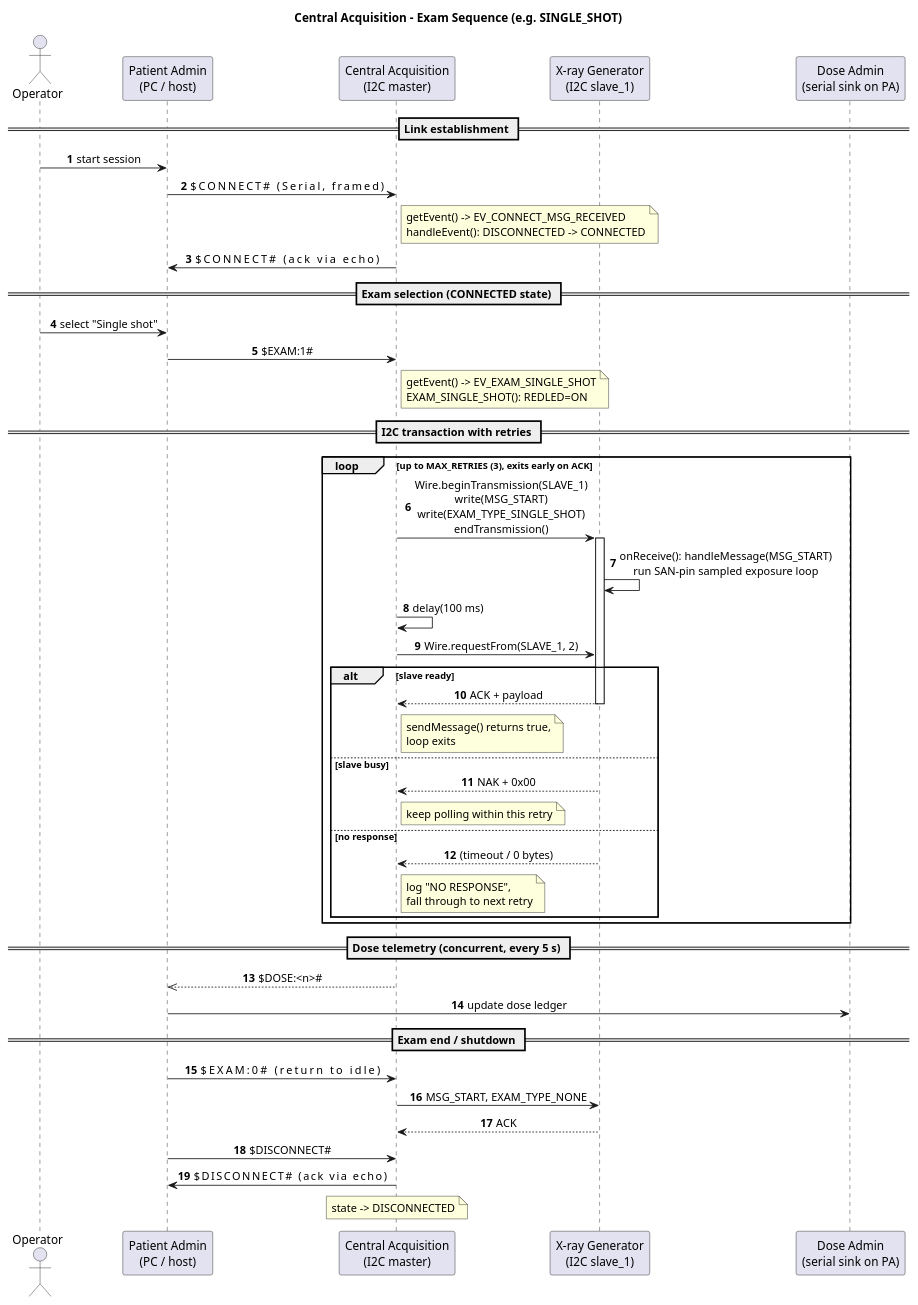
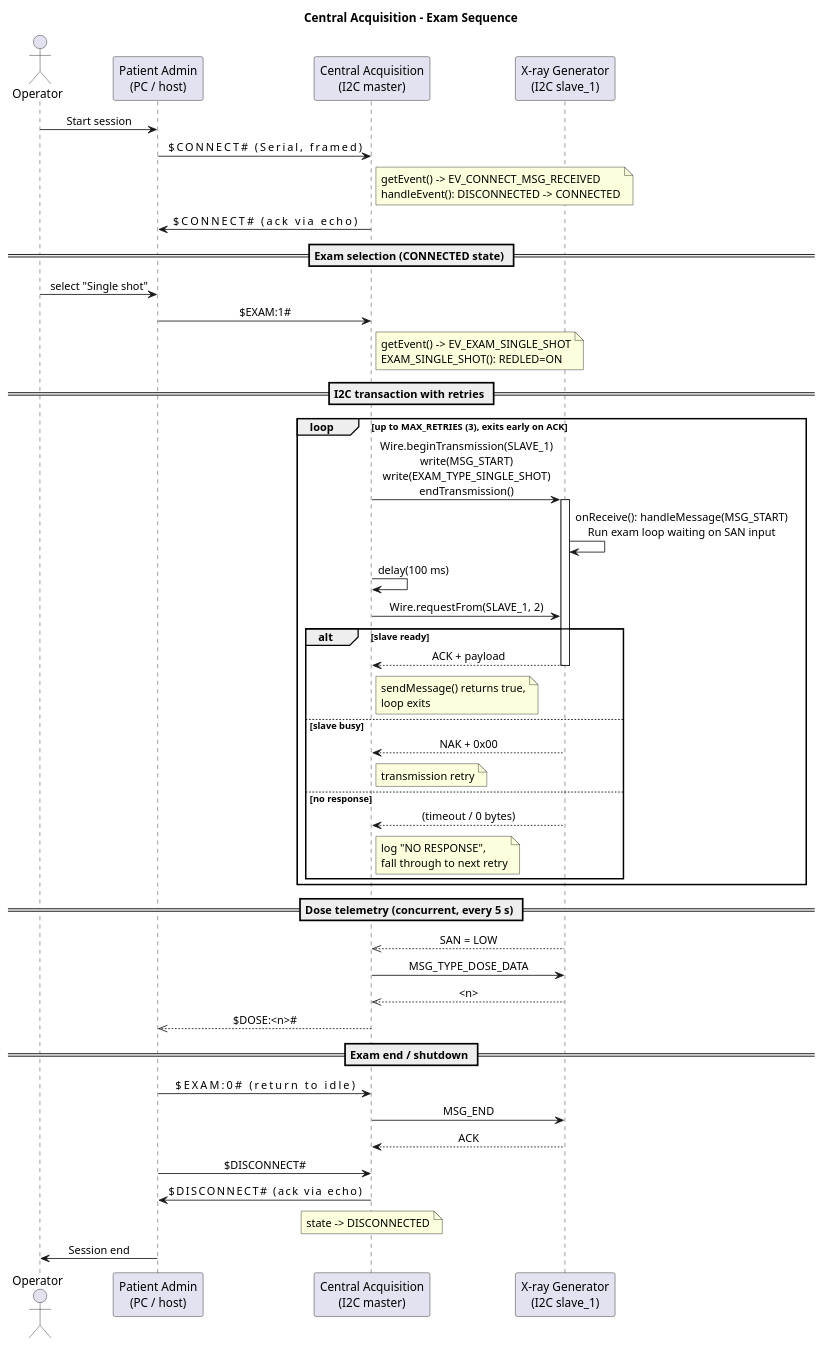
Before and after one commit to luckyharry1/Xray-Project: the diagram in docs/diagrams/CentralAcquisition_Sequence.puml, drawn with PlantUML.

Commit message:
Update sequence diagram for Central Acquisition

```diff
--- a/docs/diagrams/CentralAcquisition_Sequence.puml
+++ b/docs/diagrams/CentralAcquisition_Sequence.puml
@@ -1,62 +1,64 @@
 @startuml CentralAcquisition_Sequence
-title Central Acquisition - Exam Sequence (e.g. SINGLE_SHOT)
+title Central Acquisition - Exam Sequence
 
 skinparam sequenceMessageAlign center
-autonumber
+
 
 actor       "Operator"                                 as OP
 participant "Patient Admin\n(PC / host)"               as PA
 participant "Central Acquisition\n(I2C master)"        as CA
 participant "X-ray Generator\n(I2C slave_1)"           as XG
-participant "Dose Admin\n(serial sink on PA)"          as DA
 
-== Link establishment ==
-OP -> PA : start session
+
+OP -> PA : Start session
 PA -> CA : $CONNECT#                  (Serial, framed)
 note right of CA
   getEvent() -> EV_CONNECT_MSG_RECEIVED
   handleEvent(): DISCONNECTED -> CONNECTED
 end note
 CA -> PA : $CONNECT#                  (ack via echo)
 
 == Exam selection (CONNECTED state) ==
 OP -> PA : select "Single shot"
 PA -> CA : $EXAM:1#
 note right of CA
   getEvent() -> EV_EXAM_SINGLE_SHOT
   EXAM_SINGLE_SHOT(): REDLED=ON
 end note
 
 == I2C transaction with retries ==
 loop up to MAX_RETRIES (3), exits early on ACK
   CA -> XG : Wire.beginTransmission(SLAVE_1)\nwrite(MSG_START)\nwrite(EXAM_TYPE_SINGLE_SHOT)\nendTransmission()
   activate XG
-  XG -> XG : onReceive(): handleMessage(MSG_START)\nrun SAN-pin sampled exposure loop
+  XG -> XG : onReceive(): handleMessage(MSG_START)\nRun exam loop waiting on SAN input
   CA -> CA : delay(100 ms)
   CA -> XG : Wire.requestFrom(SLAVE_1, 2)
   alt slave ready
     XG --> CA : ACK + payload
     deactivate XG
     note right of CA: sendMessage() returns true,\nloop exits
   else slave busy
     XG --> CA : NAK + 0x00
-    note right of CA: keep polling within this retry
+    note right of CA: transmission retry
   else no response
     XG --> CA : (timeout / 0 bytes)
     note right of CA: log "NO RESPONSE",\nfall through to next retry
   end
 end
 
 == Dose telemetry (concurrent, every 5 s) ==
+XG -->> CA : SAN = LOW
+CA -> XG : MSG_TYPE_DOSE_DATA
+XG -->> CA : <n>
 CA -->> PA : $DOSE:<n>#
-PA -> DA   : update dose ledger
 
 == Exam end / shutdown ==
 PA -> CA : $EXAM:0#                   (return to idle)
-CA -> XG : MSG_START, EXAM_TYPE_NONE
+CA -> XG : MSG_END
 XG --> CA : ACK
 PA -> CA : $DISCONNECT#
 CA -> PA : $DISCONNECT#               (ack via echo)
 note over CA: state -> DISCONNECTED
+PA -> OP : Session end
 
 @enduml
```
